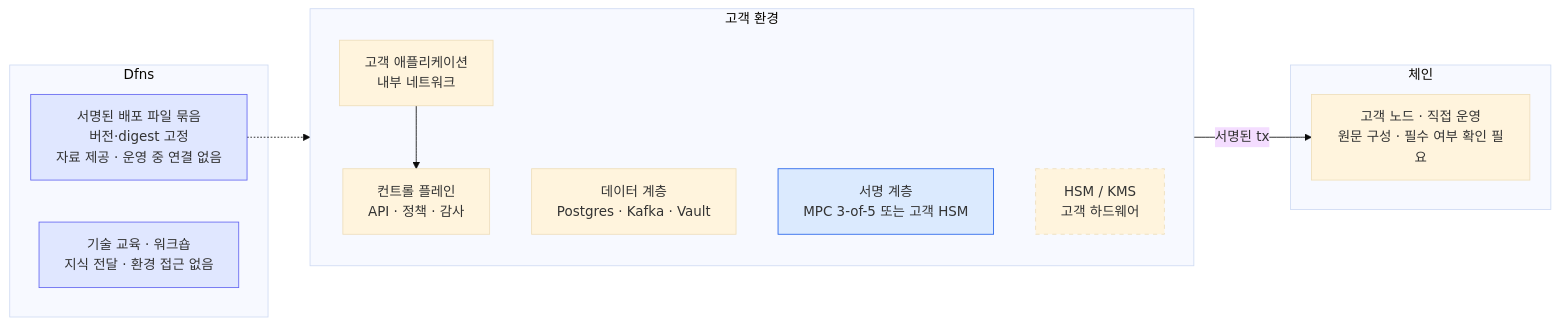
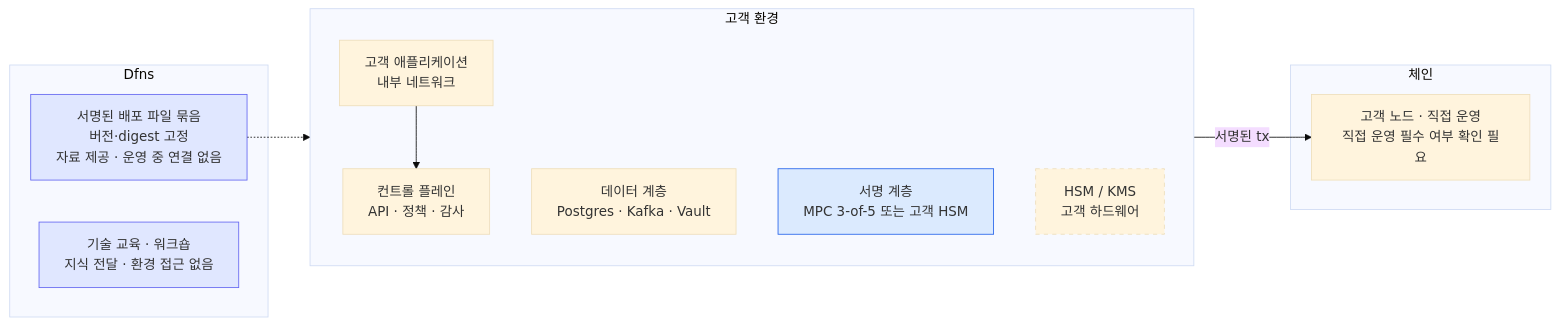
Before and after one commit to eunsujeo/eunpus: the first of 4 diagrams in blockchain-manager/docs/WaaS 도입·구축/Dfns/00-on-premise-deployment.md, drawn with Mermaid (base theme). The commit also changed other lines of this file and 10 other files, not shown here.

````diff
--- a/blockchain-manager/docs/WaaS 도입·구축/Dfns/00-on-premise-deployment.md
+++ b/blockchain-manager/docs/WaaS 도입·구축/Dfns/00-on-premise-deployment.md
@@ -64,27 +35,27 @@
 ```mermaid
 flowchart LR
   subgraph CUST["고객 환경"]
     direction TB
     APP["고객 애플리케이션<br/>내부 네트워크"]
     CP["컨트롤 플레인<br/>API · 정책 · 감사"]
     DATA["데이터 계층<br/>Postgres · Kafka · Vault"]
     SIGN["서명 계층<br/>MPC 3-of-5 또는 고객 HSM"]
     HSM["HSM / KMS<br/>고객 하드웨어"]
     APP --> CP
   end
   subgraph DFNS["Dfns"]
     BUNDLE["서명된 배포 파일 묶음<br/>버전·digest 고정<br/>자료 제공 · 운영 중 연결 없음"]
     WS["기술 교육 · 워크숍<br/>지식 전달 · 환경 접근 없음"]
   end
   subgraph CHAIN["체인"]
-    NODE["고객 노드 · 직접 운영<br/>원문 구성 · 필수 여부 확인 필요"]
+    NODE["고객 노드 · 직접 운영<br/>직접 운영 필수 여부 확인 필요"]
   end
   BUNDLE -.-> CP
   SIGN -->|"서명된 tx"| NODE
   classDef vault fill:#dbeafe,stroke:#2563eb
   classDef special fill:#e0e7ff,stroke:#6366f1
   classDef optional stroke-dasharray:5 5
   class SIGN vault
   class HSM optional
   class BUNDLE,WS special
 ```
````
